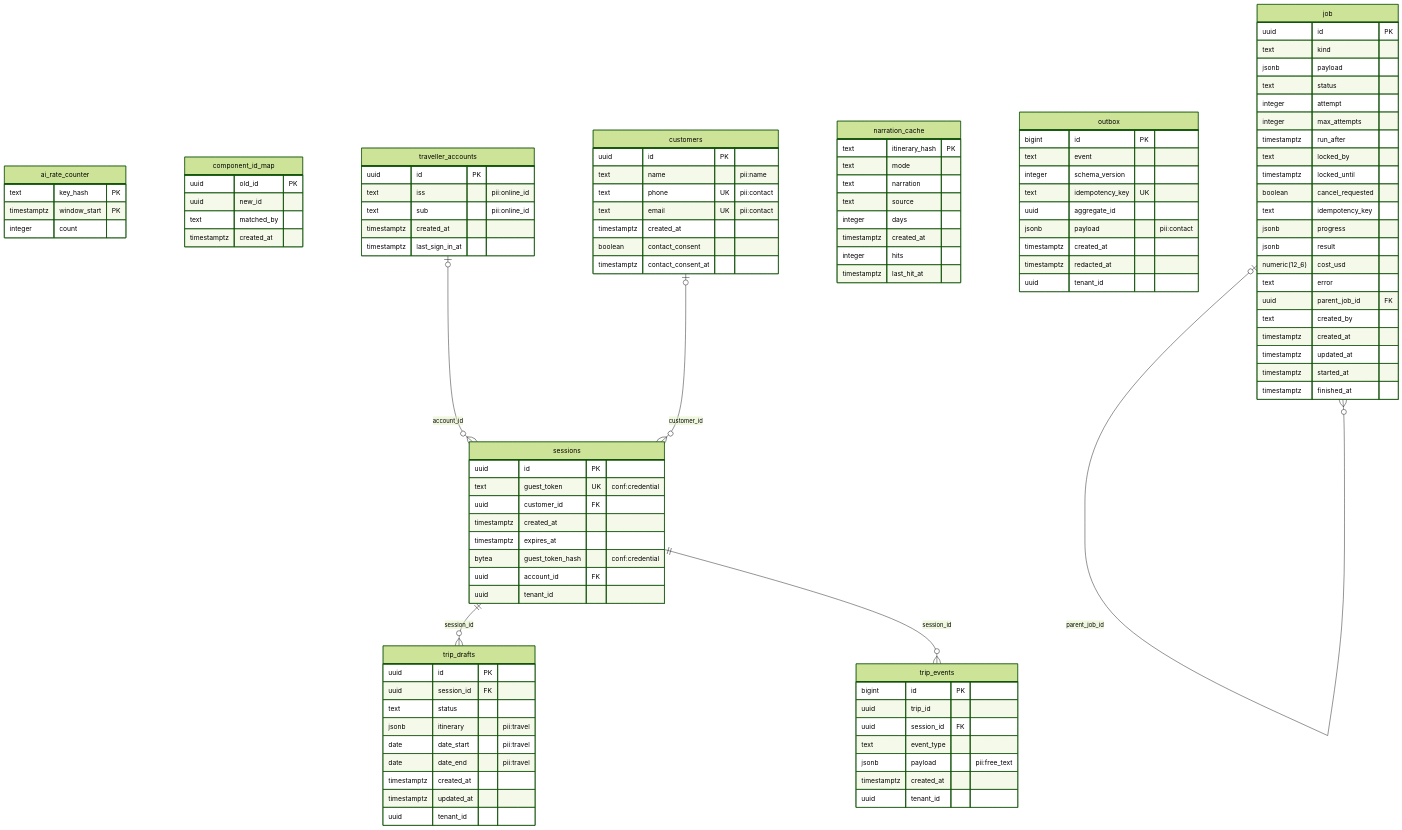
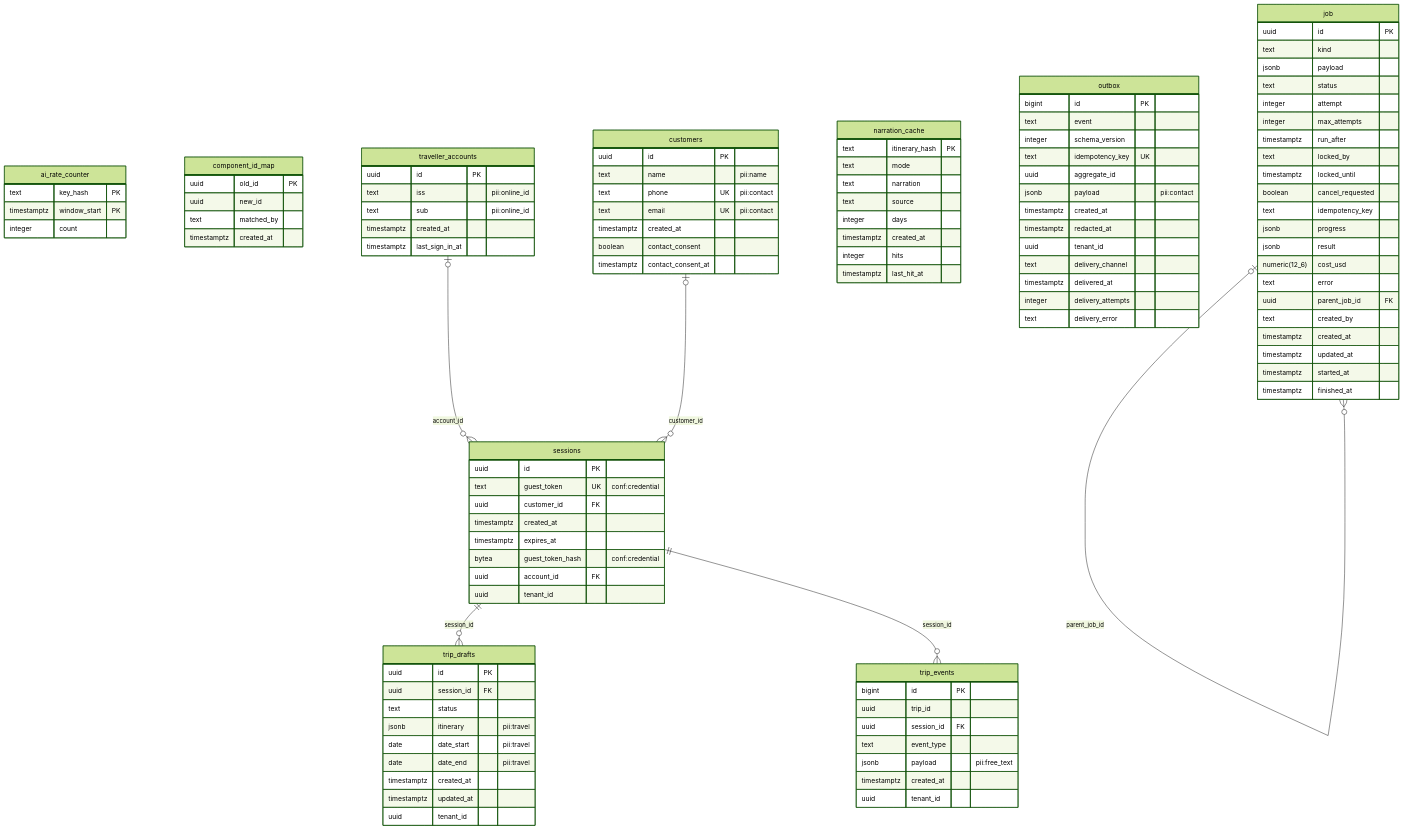
Before and after one commit to AdventureAsia365-Ecosys/AA-Ecosys: the diagram in docs/architecture/erd/tripplanner.md, drawn with Mermaid (forest theme). The commit also changed other lines of this file and 2 other files, not shown here.

First line of the commit message:
docs: regenerate db-schema-reference.md and the ERD pages from the live dump

```diff
--- a/docs/architecture/erd/tripplanner.md
+++ b/docs/architecture/erd/tripplanner.md
@@ -87,6 +87,10 @@
         timestamptz created_at
         timestamptz redacted_at
         uuid tenant_id
+        text delivery_channel
+        timestamptz delivered_at
+        integer delivery_attempts
+        text delivery_error
     }
     sessions {
         uuid id PK
```
